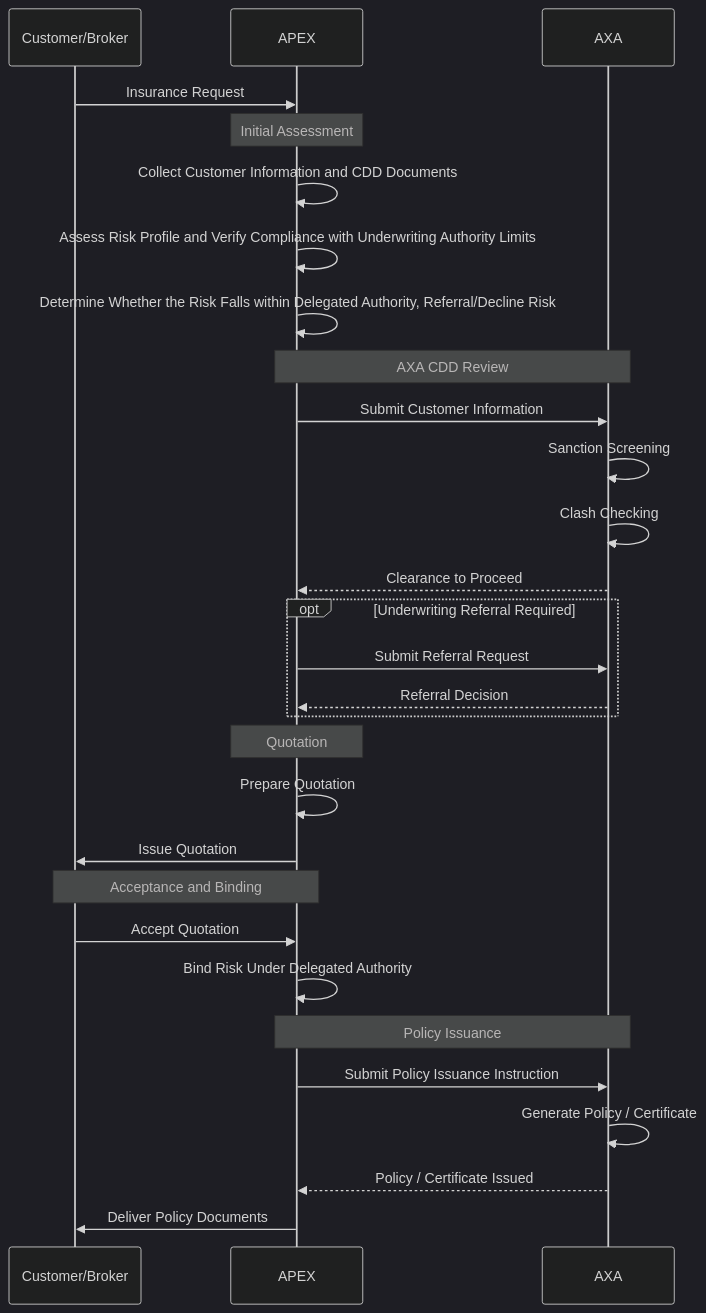
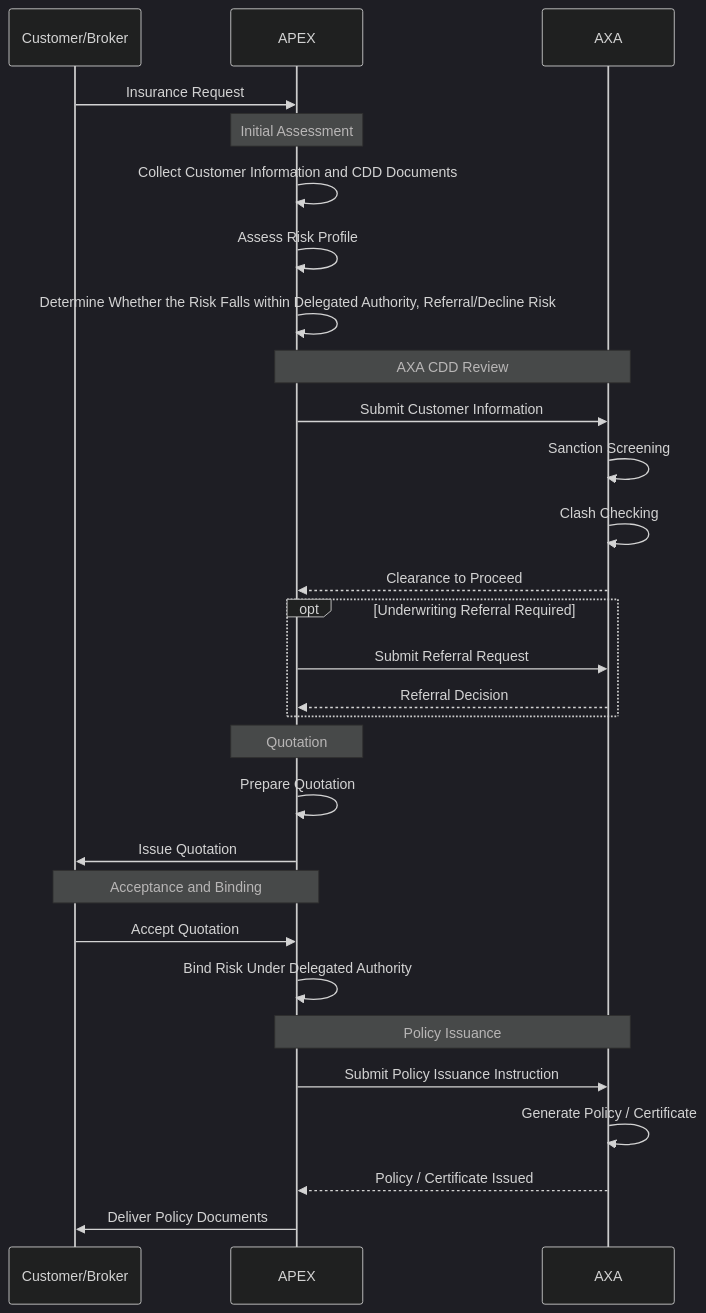
The diagram in Apex.md (raymwor-arch/Diagram), drawn with Mermaid (dark theme) before and after one commit.

````diff
--- a/Apex.md
+++ b/Apex.md
@@ -1,39 +1,39 @@
 ```mermaid
 sequenceDiagram
     participant Customer as Customer/Broker
     participant APEX
     participant AXA
 
     Customer->>APEX: Insurance Request
 
     Note over APEX: Initial Assessment
     APEX->>APEX: Collect Customer Information and CDD Documents
-    APEX->>APEX: Assess Risk Profile and Verify Compliance with Underwriting Authority Limits
+    APEX->>APEX: Assess Risk Profile
     APEX->>APEX: Determine Whether the Risk Falls within Delegated Authority, Referral/Decline Risk
     
     Note over APEX,AXA: AXA CDD Review
     APEX->>AXA: Submit Customer Information
     AXA->>AXA: Sanction Screening
     AXA->>AXA: Clash Checking
     AXA-->>APEX: Clearance to Proceed
 
     opt Underwriting Referral Required
         APEX->>AXA: Submit Referral Request
         AXA-->>APEX: Referral Decision
     end
 
     Note over APEX: Quotation
     APEX->>APEX: Prepare Quotation
     APEX->>Customer: Issue Quotation
 
     Note over Customer,APEX: Acceptance and Binding
     Customer->>APEX: Accept Quotation
     APEX->>APEX: Bind Risk Under Delegated Authority
 
     Note over APEX,AXA: Policy Issuance
     APEX->>AXA: Submit Policy Issuance Instruction
     AXA->>AXA: Generate Policy / Certificate
     AXA-->>APEX: Policy / Certificate Issued
 
     APEX->>Customer: Deliver Policy Documents
 ```    
````
